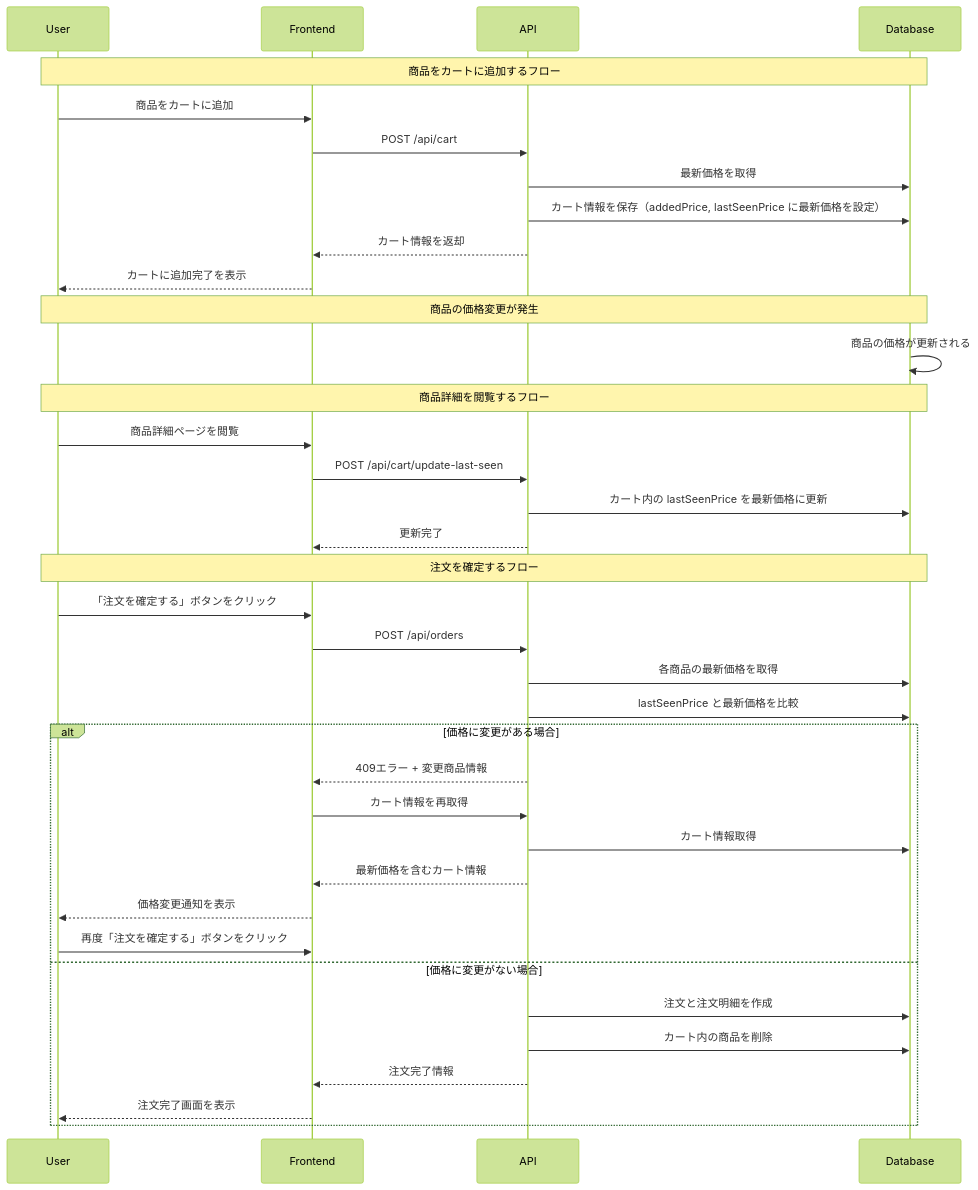
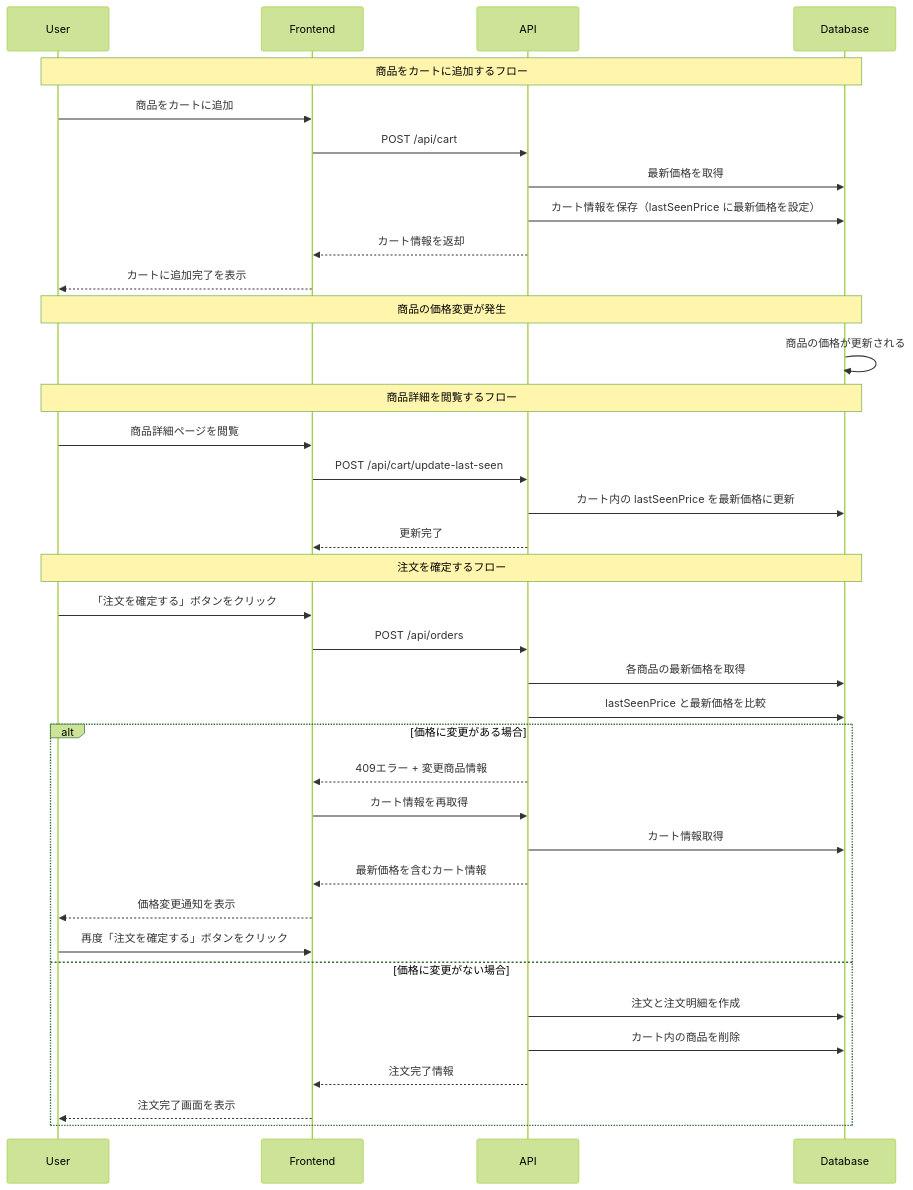
One commit to lirlia/100day_challenge_backend changed the second of 2 diagrams in day2_simple_ec/README.md. Above: the diagram before and after it, drawn with Mermaid (forest theme). The commit also changed other lines of this file and 13 other files, not shown here.

Commit message:
リファクタリング: addedPrice フィールドを削除し lastSeenPrice のみを使用する単純化したデザインに修正

````diff
--- a/day2_simple_ec/README.md
+++ b/day2_simple_ec/README.md
@@ -86,44 +85,44 @@
 ```mermaid
 sequenceDiagram
     participant User
     participant Frontend
     participant API
     participant Database
     
     Note over User,Database: 商品をカートに追加するフロー
     User->>Frontend: 商品をカートに追加
     Frontend->>API: POST /api/cart
     API->>Database: 最新価格を取得
-    API->>Database: カート情報を保存（addedPrice, lastSeenPrice に最新価格を設定）
+    API->>Database: カート情報を保存（lastSeenPrice に最新価格を設定）
     API-->>Frontend: カート情報を返却
     Frontend-->>User: カートに追加完了を表示
     
     Note over User,Database: 商品の価格変更が発生
     Database->>Database: 商品の価格が更新される
     
     Note over User,Database: 商品詳細を閲覧するフロー
     User->>Frontend: 商品詳細ページを閲覧
     Frontend->>API: POST /api/cart/update-last-seen
     API->>Database: カート内の lastSeenPrice を最新価格に更新
     API-->>Frontend: 更新完了
     
     Note over User,Database: 注文を確定するフロー
     User->>Frontend: 「注文を確定する」ボタンをクリック
     Frontend->>API: POST /api/orders
     API->>Database: 各商品の最新価格を取得
     API->>Database: lastSeenPrice と最新価格を比較
     
     alt 価格に変更がある場合
         API-->>Frontend: 409エラー + 変更商品情報
         Frontend->>API: カート情報を再取得
         API->>Database: カート情報取得
         API-->>Frontend: 最新価格を含むカート情報
         Frontend-->>User: 価格変更通知を表示
         User->>Frontend: 再度「注文を確定する」ボタンをクリック
     else 価格に変更がない場合
         API->>Database: 注文と注文明細を作成
         API->>Database: カート内の商品を削除
         API-->>Frontend: 注文完了情報
         Frontend-->>User: 注文完了画面を表示
     end
 ```
````
